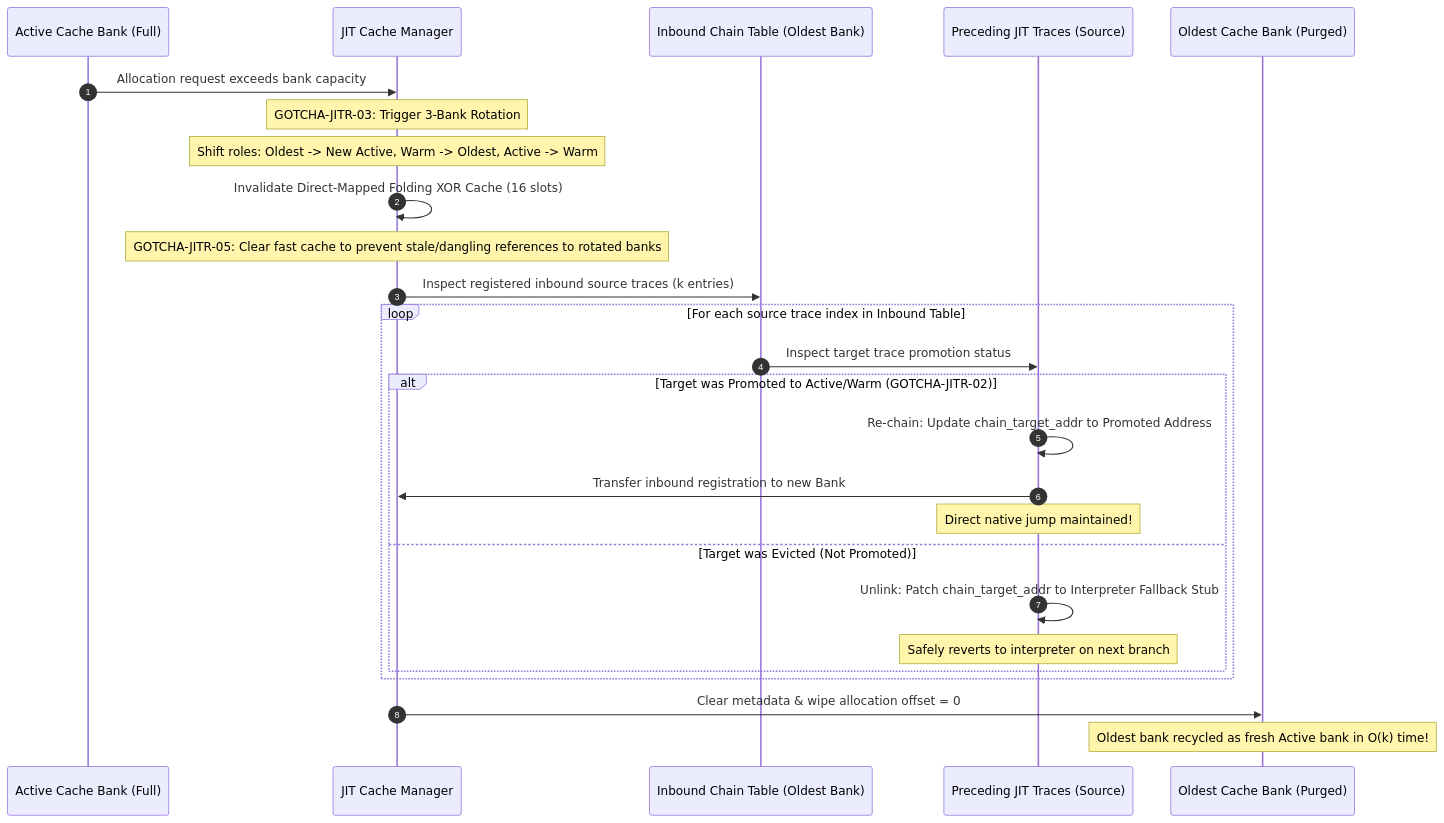
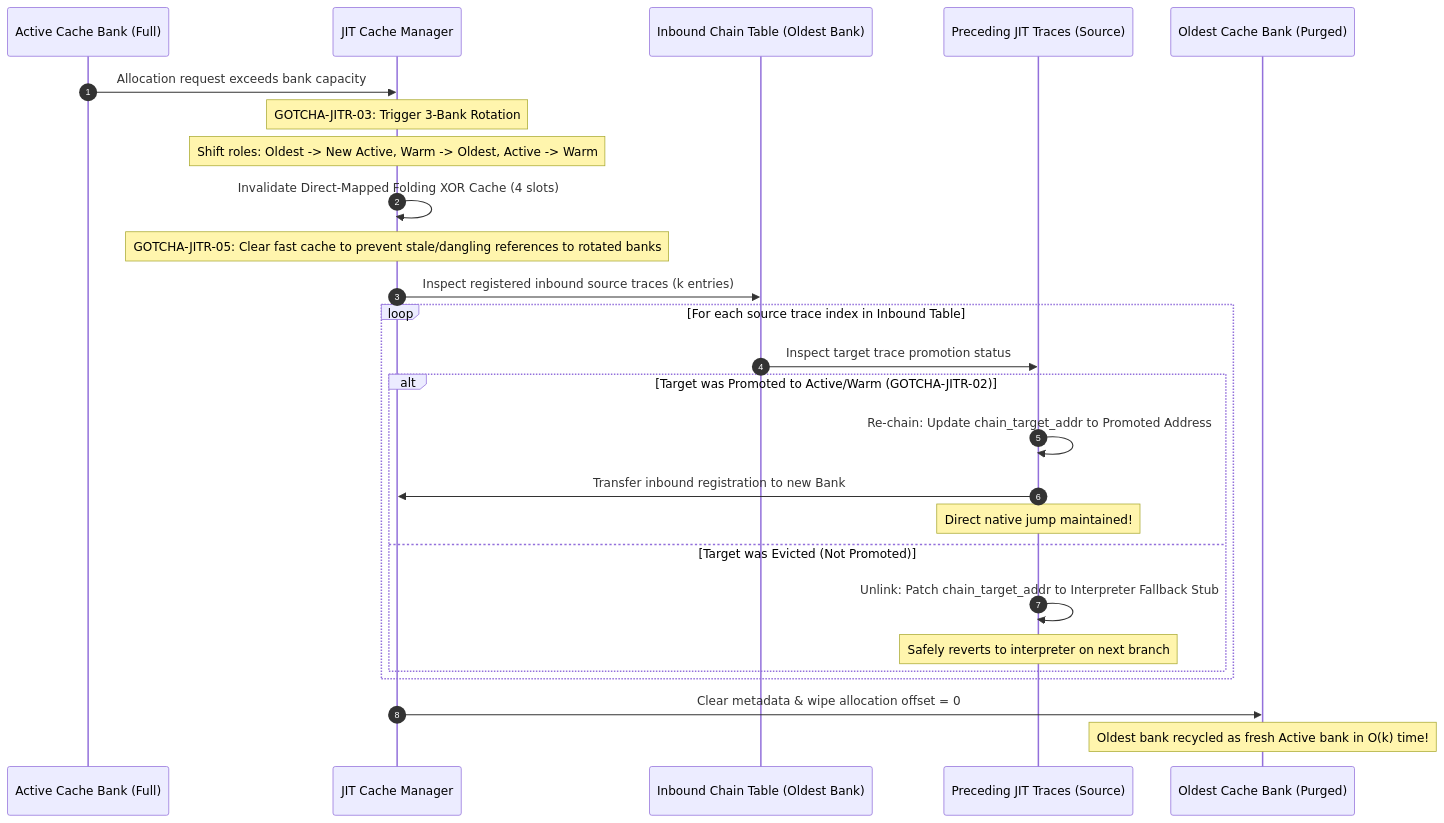
The third of 5 diagrams in docs/components/tier3_jit/jit_runtime.md (kmt-t/fireball), drawn with Mermaid before and after one commit. The commit also changed other lines of this file and 24 other files, not shown here.

Commit message:
Expand TLB capacity and update Folding XOR mappings

````diff
--- a/docs/components/tier3_jit/jit_runtime.md
+++ b/docs/components/tier3_jit/jit_runtime.md
@@ -115,32 +115,32 @@
 ```mermaid
 sequenceDiagram
     autonumber
     participant Active as Active Cache Bank (Full)
     participant Mgr as JIT Cache Manager
     participant Inbound as Inbound Chain Table (Oldest Bank)
     participant Source as Preceding JIT Traces (Source)
     participant Oldest as Oldest Cache Bank (Purged)
 
     Active->>Mgr: Allocation request exceeds bank capacity
     Note over Mgr: GOTCHA-JITR-03: Trigger 3-Bank Rotation
     Note over Mgr: Shift roles: Oldest -> New Active, Warm -> Oldest, Active -> Warm
 
-    Mgr->>Mgr: Invalidate Direct-Mapped Folding XOR Cache (16 slots)
+    Mgr->>Mgr: Invalidate Direct-Mapped Folding XOR Cache (4 slots)
     Note over Mgr: GOTCHA-JITR-05: Clear fast cache to prevent stale/dangling references to rotated banks
 
     Mgr->>Inbound: Inspect registered inbound source traces (k entries)
     loop For each source trace index in Inbound Table
         Inbound->>Source: Inspect target trace promotion status
         alt Target was Promoted to Active/Warm (GOTCHA-JITR-02)
             Source->>Source: Re-chain: Update chain_target_addr to Promoted Address
             Source->>Mgr: Transfer inbound registration to new Bank
             Note over Source: Direct native jump maintained!
         else Target was Evicted (Not Promoted)
             Source->>Source: Unlink: Patch chain_target_addr to Interpreter Fallback Stub
             Note over Source: Safely reverts to interpreter on next branch
         end
     end
 
     Mgr->>Oldest: Clear metadata & wipe allocation offset = 0
     Note over Oldest: Oldest bank recycled as fresh Active bank in O(k) time!
 ```
````
